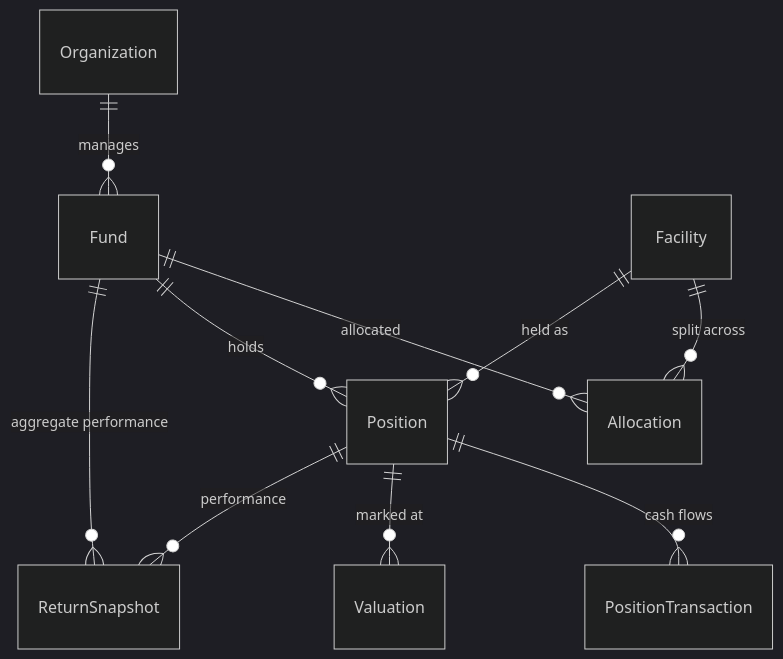
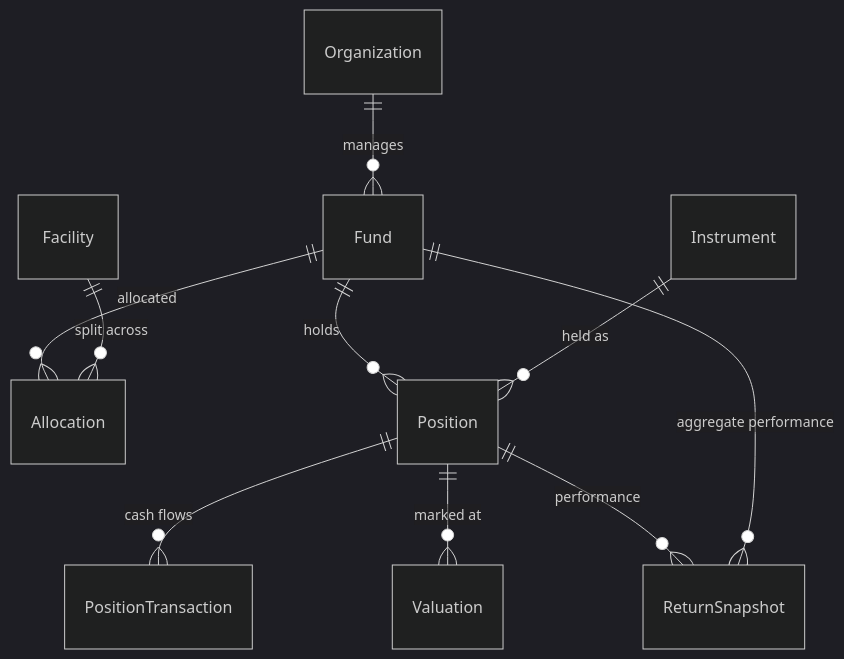
Before and after one commit to nighthawk6389/pvt-credit-poc: the sixth of 7 diagrams in docs/data-model/README.md, drawn with Mermaid (dark theme). The commit also changed other lines of this file and 5 other files, not shown here.

````diff
--- a/docs/data-model/README.md
+++ b/docs/data-model/README.md
@@ -174,12 +219,12 @@
 ```mermaid
 erDiagram
   Organization ||--o{ Fund : "manages"
   Fund ||--o{ Allocation : "allocated"
   Facility ||--o{ Allocation : "split across"
   Fund ||--o{ Position : "holds"
-  Facility ||--o{ Position : "held as"
+  Instrument ||--o{ Position : "held as"
   Position ||--o{ PositionTransaction : "cash flows"
   Position ||--o{ Valuation : "marked at"
   Position ||--o{ ReturnSnapshot : "performance"
   Fund ||--o{ ReturnSnapshot : "aggregate performance"
 ```
````
